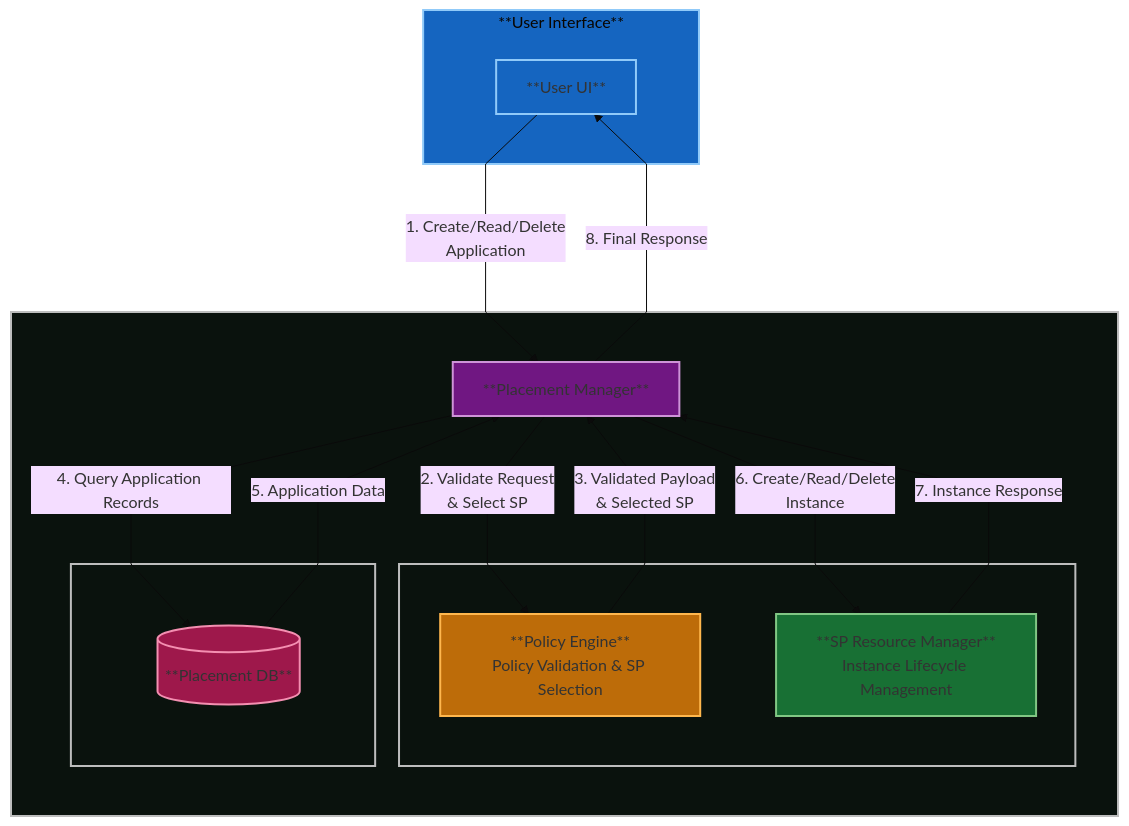
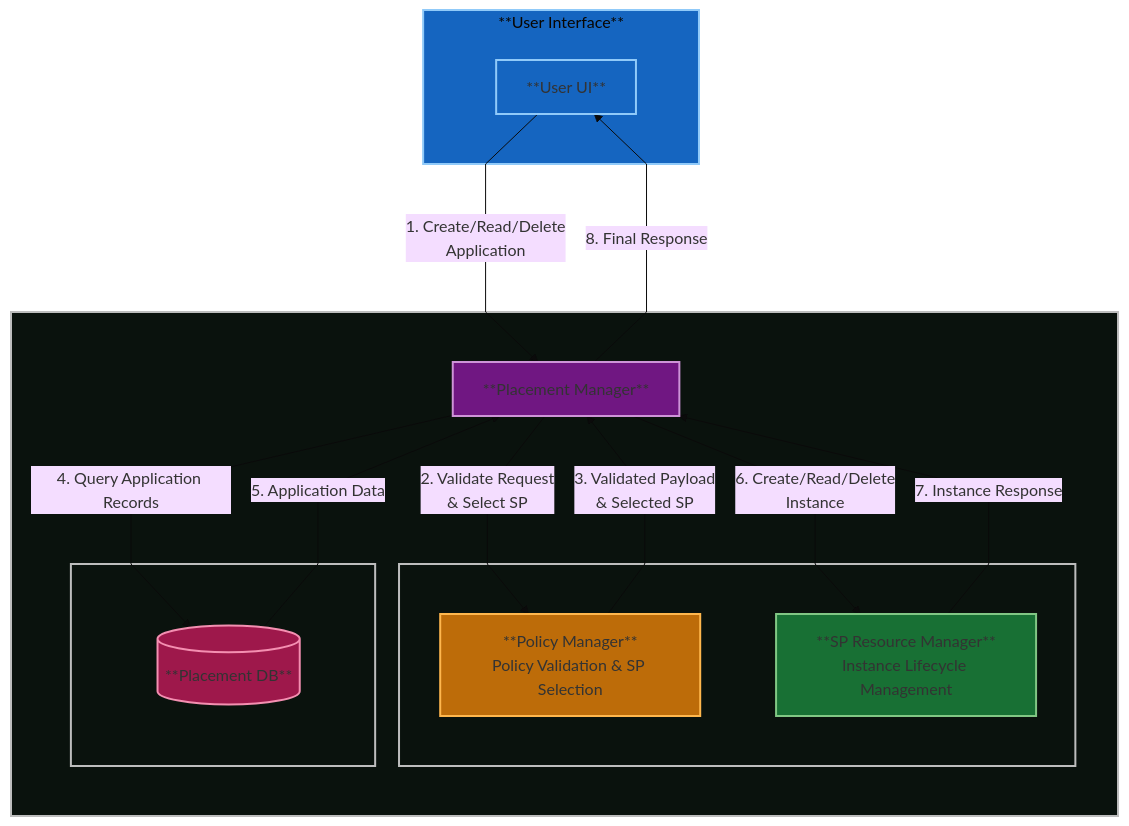
One commit to dcm-project/enhancements changed the first of 2 diagrams in enhancements/placement-manager/placement-manager.md. Above: the diagram before and after it, drawn with Mermaid (base theme). The commit also changed other lines of this file, not shown here.

Commit message:
change to policy manager

````diff
--- a/enhancements/placement-manager/placement-manager.md
+++ b/enhancements/placement-manager/placement-manager.md
@@ -61,41 +61,41 @@
 ```mermaid
 %%{init: {'flowchart': {'rankSpacing': 100, 'nodeSpacing': 10, 'curve': 'linear'}}}%%
 flowchart TD
     classDef userLayer fill:#1565c0,stroke:#90caf9,stroke-width:2px
     classDef placementManager fill:#701782,stroke:#ce93d8,stroke-width:2px
     classDef policyEngine fill:#bd6c09,stroke:#ffb74d,stroke-width:2px
     classDef spResourceManager fill:#187034,stroke:#81c784,stroke-width:2px
     classDef database fill:#9e184b,stroke:#f48fb1,stroke-width:2px
     classDef dcmCore fill:#0a120d,stroke:#bdbdbd,stroke-width:2px
 
     subgraph User_Layer [**User Interface**]
         User["**User UI**<br/>"]:::userLayer
     end
 
     subgraph DCM_Core [ ]
         PM["**Placement Manager**<br/>"]:::placementManager
 
         subgraph Services [ ]
-            PE["**Policy Engine**<br/>Policy Validation & SP Selection"]:::policyEngine
+            PE["**Policy Manager**<br/>Policy Validation & SP Selection"]:::policyEngine
             SPRM["**SP Resource Manager**<br/>Instance Lifecycle Management"]:::spResourceManager
         end
 
         subgraph Data_Layer [ ]
             PM_DB[("**Placement DB**")]:::database
         end
     end
 
     User -->|"1. Create/Read/Delete<br/>Application"| PM
     PM -->|"2. Validate Request<br/>& Select SP"| PE
     PE -->|"3. Validated Payload<br/>& Selected SP"| PM
     PM -->|"4. Query Application Records"| PM_DB
     PM_DB -->|"5. Application Data"| PM
     PM -->|"6. Create/Read/Delete<br/>Instance"| SPRM
     SPRM -->|"7. Instance Response"| PM
     PM -->|"8. Final Response"| User
 
     class User_Layer userLayer
     class DCM_Core dcmCore
     class Services dcmCore
     class Data_Layer dcmCore
 ```
````
